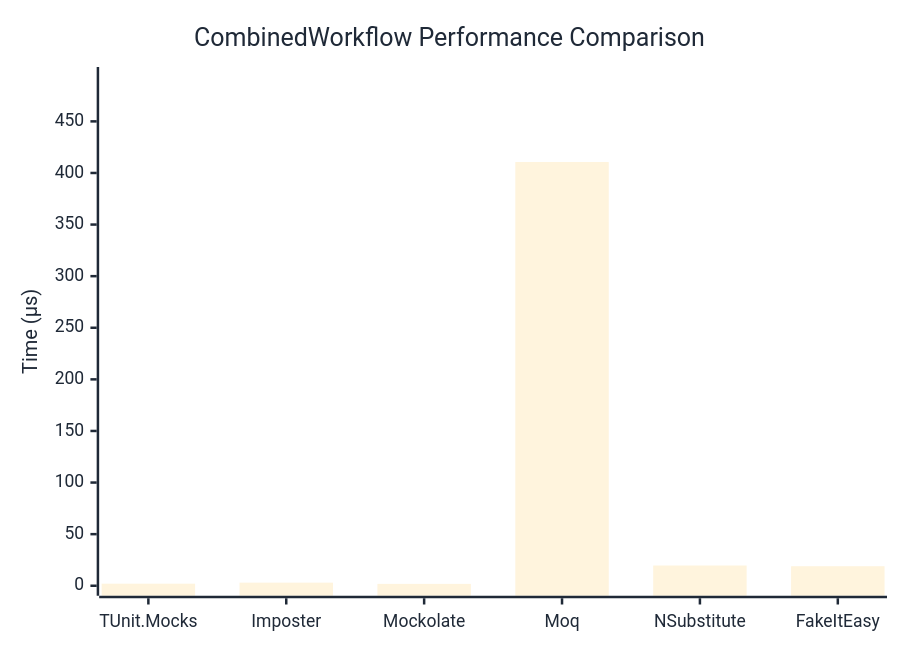
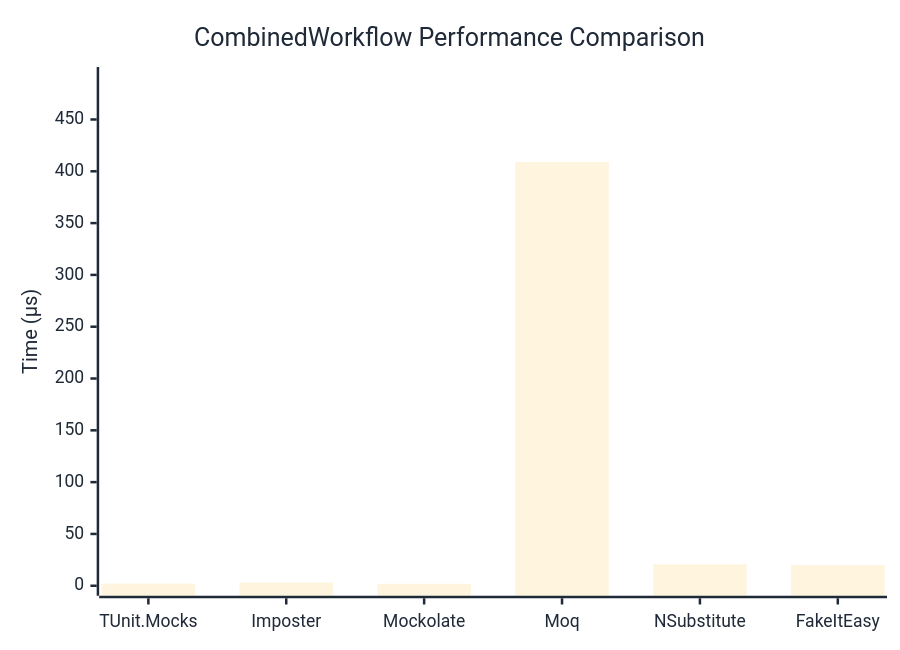
The diagram in docs/docs/benchmarks/mocks/CombinedWorkflow.md (thomhurst/TUnit), drawn with Mermaid before and after one commit. The commit also changed other lines of this file and 14 other files, not shown here.

````diff
--- a/docs/docs/benchmarks/mocks/CombinedWorkflow.md
+++ b/docs/docs/benchmarks/mocks/CombinedWorkflow.md
@@ -30,27 +30,27 @@
 ```mermaid
 %%{init: {
   'theme':'base',
   'themeVariables': {
     'primaryColor': '#2563eb',
     'primaryTextColor': '#1f2937',
     'primaryBorderColor': '#1e40af',
     'lineColor': '#6b7280',
     'secondaryColor': '#7c3aed',
     'tertiaryColor': '#dc2626',
     'background': '#ffffff',
     'pie1': '#2563eb',
     'pie2': '#7c3aed',
     'pie3': '#dc2626',
     'pie4': '#f59e0b',
     'pie5': '#10b981',
     'pie6': '#06b6d4',
     'pie7': '#ec4899',
     'pie8': '#6366f1'
   }
 }}%%
 xychart-beta
   title "CombinedWorkflow Performance Comparison"
   x-axis ["TUnit.Mocks", "Imposter", "Mockolate", "Moq", "NSubstitute", "FakeItEasy"]
-  y-axis "Time (μs)" 0 --> 493
-  bar [2.01, 2.997, 1.805, 410.603, 19.615, 18.916]
+  y-axis "Time (μs)" 0 --> 491
+  bar [2.025, 3.133, 1.892, 409.002, 20.591, 19.889]
 ```
````
